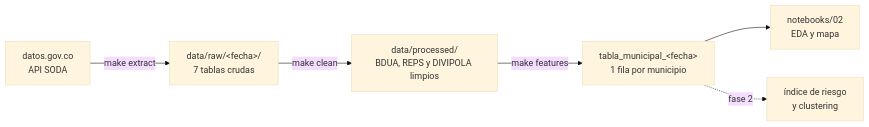
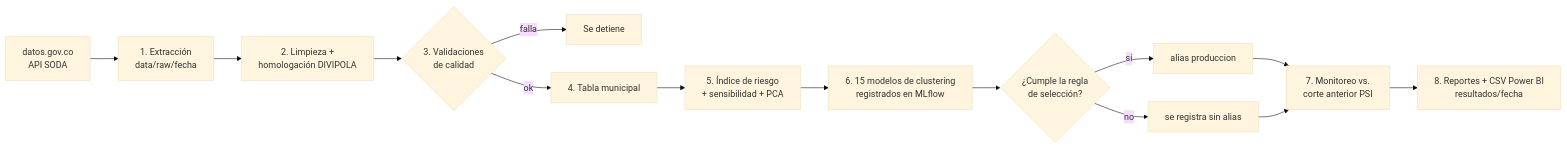
One commit to DABO-lab/riesgo-acceso-salud changed the first of 2 diagrams in README.md. Above: the diagram before and after it, drawn with Mermaid (base theme). The commit also changed other lines of this file and 5 other files, not shown here.

First line of the commit message:
README y documentación unificados con los resultados del corte real

````diff
--- a/README.md
+++ b/README.md
@@ -17,8 +24,16 @@
 ```mermaid
 flowchart LR
-    A["datos.gov.co<br/>API SODA"] -->|make extract| B["data/raw/&lt;fecha&gt;/<br/>7 tablas crudas"]
-    B -->|make clean| C["data/processed/<br/>BDUA, REPS y DIVIPOLA limpios"]
-    C -->|make features| D["tabla_municipal_&lt;fecha&gt;<br/>1 fila por municipio"]
-    D --> E["notebooks/02<br/>EDA y mapa"]
-    D -.->|fase 2| F["índice de riesgo<br/>y clustering"]
+    A[datos.gov.co<br/>API SODA] --> B[1. Extracción<br/>data/raw/fecha]
+    B --> C[2. Limpieza +<br/>homologación DIVIPOLA]
+    C --> D{3. Validaciones<br/>de calidad}
+    D -- falla --> X[Se detiene]
+    D -- ok --> E[4. Tabla municipal]
+    E --> F[5. Índice de riesgo<br/>+ sensibilidad + PCA]
+    F --> G[6. 15 modelos de clustering<br/>registrados en MLflow]
+    G --> H{¿Cumple la regla<br/>de selección?}
+    H -- sí --> H1[alias produccion]
+    H -- no --> H2[se registra sin alias]
+    H1 --> I[7. Monitoreo vs.<br/>corte anterior PSI]
+    H2 --> I
+    I --> J[8. Reportes + CSV Power BI<br/>resultados/fecha]
 ```
````
